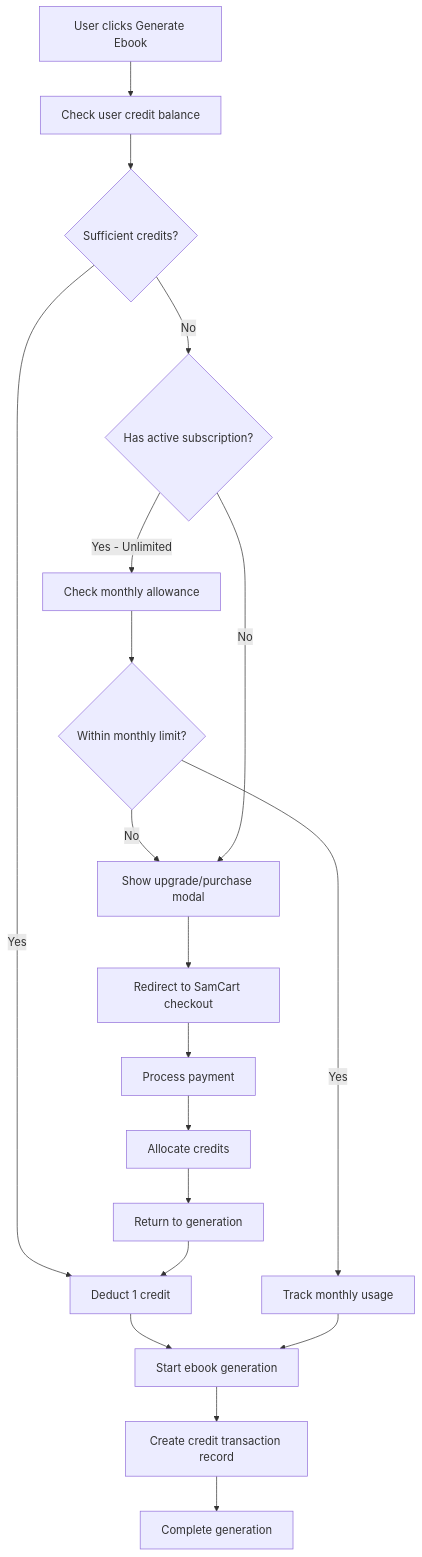
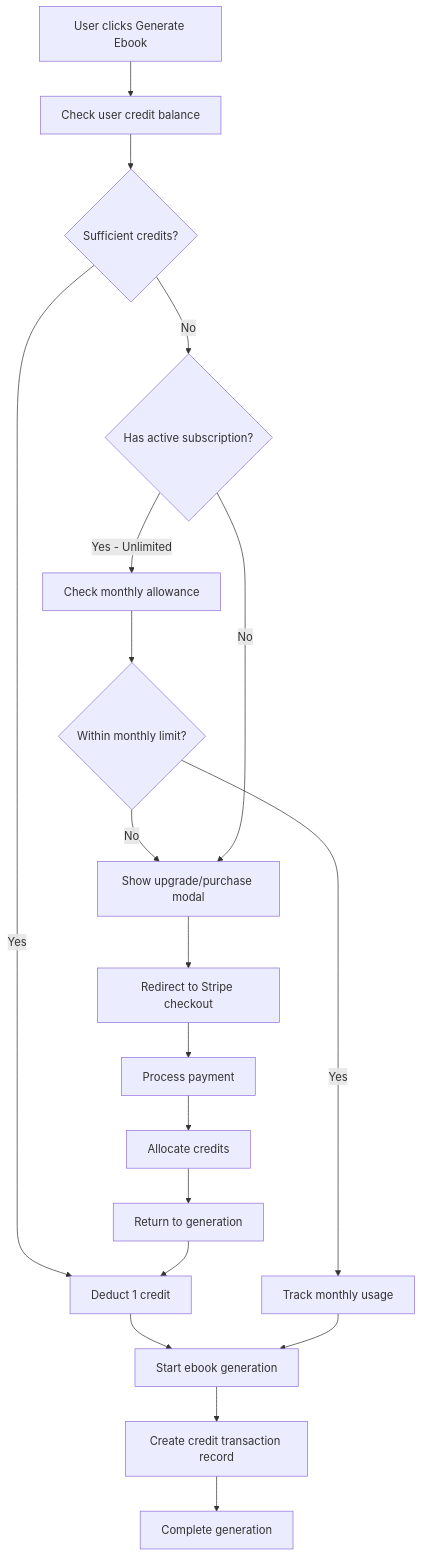
Before and after one commit to TrendpilotAI/flip-my-era: the third of 5 diagrams in DOCS/PHASE_1A_ARCHITECTURE.md, drawn with Mermaid. The commit also changed other lines of this file and 35 other files, not shown here.

````diff
--- a/DOCS/PHASE_1A_ARCHITECTURE.md
+++ b/DOCS/PHASE_1A_ARCHITECTURE.md
@@ -373,24 +373,24 @@
 ```mermaid
 flowchart TD
     A[User clicks Generate Ebook] --> B[Check user credit balance]
     B --> C{Sufficient credits?}
     
     C -->|Yes| D[Deduct 1 credit]
     D --> E[Start ebook generation]
     E --> F[Create credit transaction record]
     F --> G[Complete generation]
     
     C -->|No| H{Has active subscription?}
     H -->|Yes - Unlimited| I[Check monthly allowance]
     I --> J{Within monthly limit?}
     J -->|Yes| K[Track monthly usage]
     K --> E
     J -->|No| L[Show upgrade/purchase modal]
     
     H -->|No| L
-    L --> M[Redirect to SamCart checkout]
+    L --> M[Redirect to Stripe checkout]
     M --> N[Process payment]
     N --> O[Allocate credits]
     O --> P[Return to generation]
     P --> D
 ```
````
